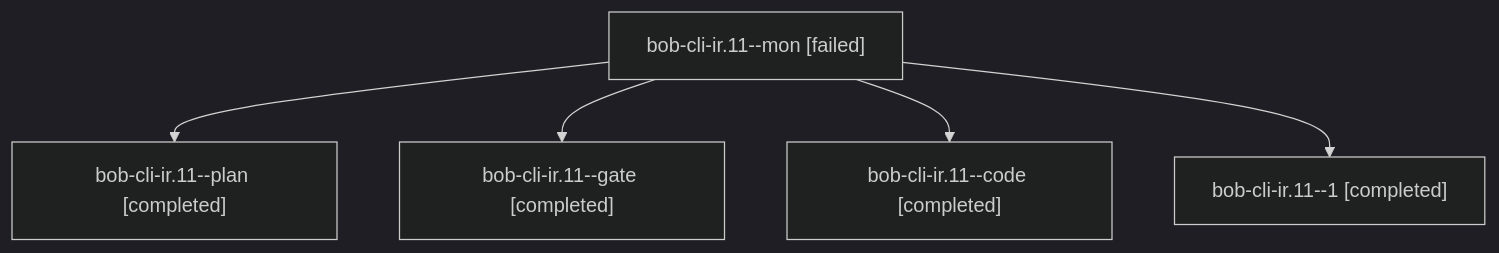
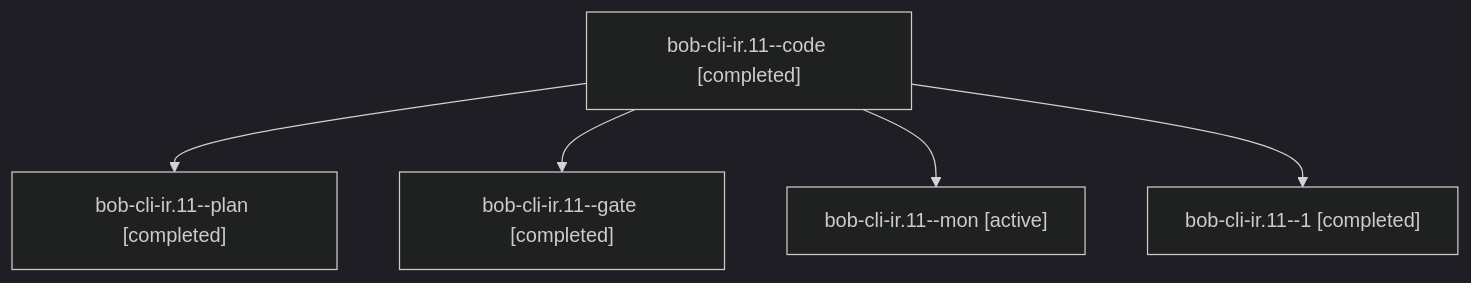
One commit to bobs-org/bob-cli--agents changed the diagram in sessions/bbugyi200.athena.bob-cli-ir.11.md. Above: the diagram before and after it, drawn with Mermaid (dark theme). The commit also changed other lines of this file and 163 other files, not shown here.

````diff
--- a/sessions/bbugyi200.athena.bob-cli-ir.11.md
+++ b/sessions/bbugyi200.athena.bob-cli-ir.11.md
@@ -9,12 +9,12 @@
 ```mermaid
 flowchart TD
-  n0["bob-cli-ir.11--mon [failed]"]
+  n0["bob-cli-ir.11--code [completed]"]
   n1["bob-cli-ir.11--plan [completed]"]
   n0 --> n1
   n2["bob-cli-ir.11--gate [completed]"]
   n0 --> n2
-  n3["bob-cli-ir.11--code [completed]"]
+  n3["bob-cli-ir.11--mon [active]"]
   n0 --> n3
   n4["bob-cli-ir.11--1 [completed]"]
   n0 --> n4
 ```
````
